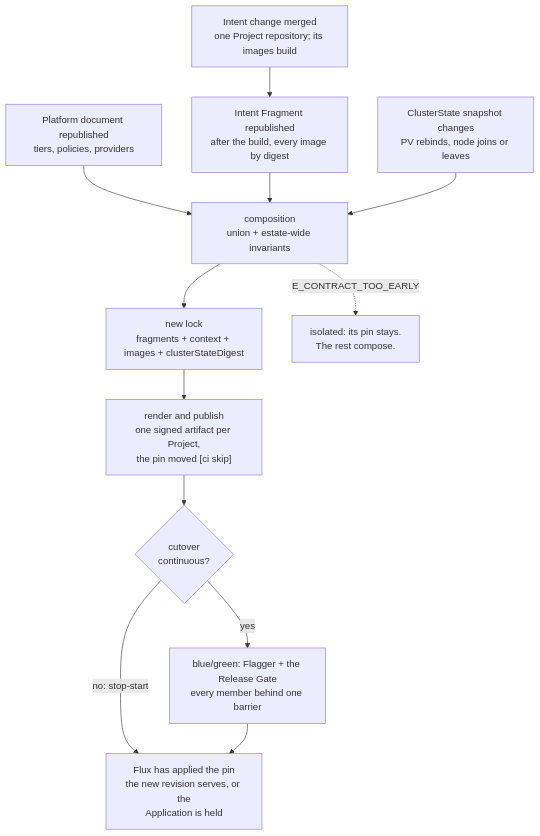
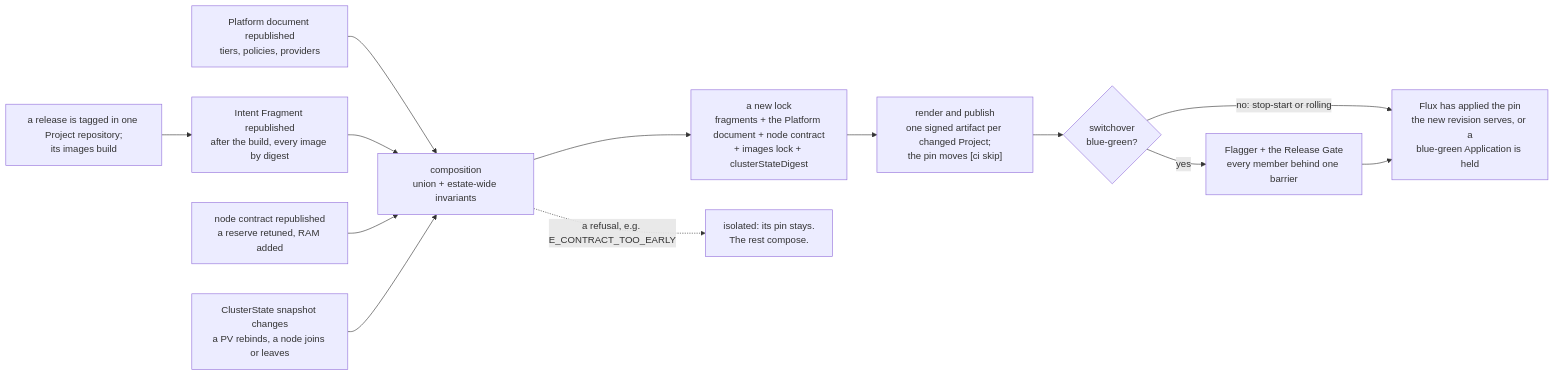
The second of 2 diagrams in spec/v1/50-lifecycle.md (JorisJonkers-dev/deploy-kit), drawn with Mermaid before and after one commit. The commit also changed other lines of this file and 2 other files, not shown here.

Commit message:
docs(spec): redraw the lifecycle diagrams: the barrier then a staggered promotion, and a release tag as the trigger

````diff
--- a/spec/v1/50-lifecycle.md
+++ b/spec/v1/50-lifecycle.md
@@ -301,14 +298,15 @@
 ```mermaid
-flowchart TB
-    I["Intent change merged<br/>one Project repository; its images build"] --> F["Intent Fragment republished<br/>after the build, every image by digest"]
+flowchart LR
+    T["a release is tagged in one Project repository;<br/>its images build"] --> F["Intent Fragment republished<br/>after the build, every image by digest"]
     X["Platform document republished<br/>tiers, policies, providers"] --> C
     F --> C["composition<br/>union + estate-wide invariants"]
-    S["ClusterState snapshot changes<br/>PV rebinds, node joins or leaves"] --> C
-    C --> L["new lock<br/>fragments + context + images + clusterStateDigest"]
-    L --> R["render and publish<br/>one signed artifact per Project,<br/>the pin moved [ci skip]"]
-    R --> G{"cutover<br/>continuous?"}
-    G -->|"no: stop-start"| D["Flux has applied the pin<br/>the new revision serves, or the<br/>Application is held"]
-    G -->|"yes"| U["blue/green: Flagger + the Release Gate<br/>every member behind one barrier"]
+    NC["node contract republished<br/>a reserve retuned, RAM added"] --> C
+    S["ClusterState snapshot changes<br/>a PV rebinds, a node joins or leaves"] --> C
+    C --> L["a new lock<br/>fragments + the Platform document + node contract<br/>+ images lock + clusterStateDigest"]
+    L --> R["render and publish<br/>one signed artifact per changed Project;<br/>the pin moves [ci skip]"]
+    R --> G{"switchover<br/>blue-green?"}
+    G -->|"no: stop-start or rolling"| D["Flux has applied the pin<br/>the new revision serves, or a<br/>blue-green Application is held"]
+    G -->|"yes"| U["Flagger + the Release Gate<br/>every member behind one barrier"]
     U --> D
-    C -.->|"E_CONTRACT_TOO_EARLY"| B["isolated: its pin stays.<br/>The rest compose."]
+    C -.->|"a refusal, e.g. E_CONTRACT_TOO_EARLY"| B["isolated: its pin stays.<br/>The rest compose."]
 ```
````
